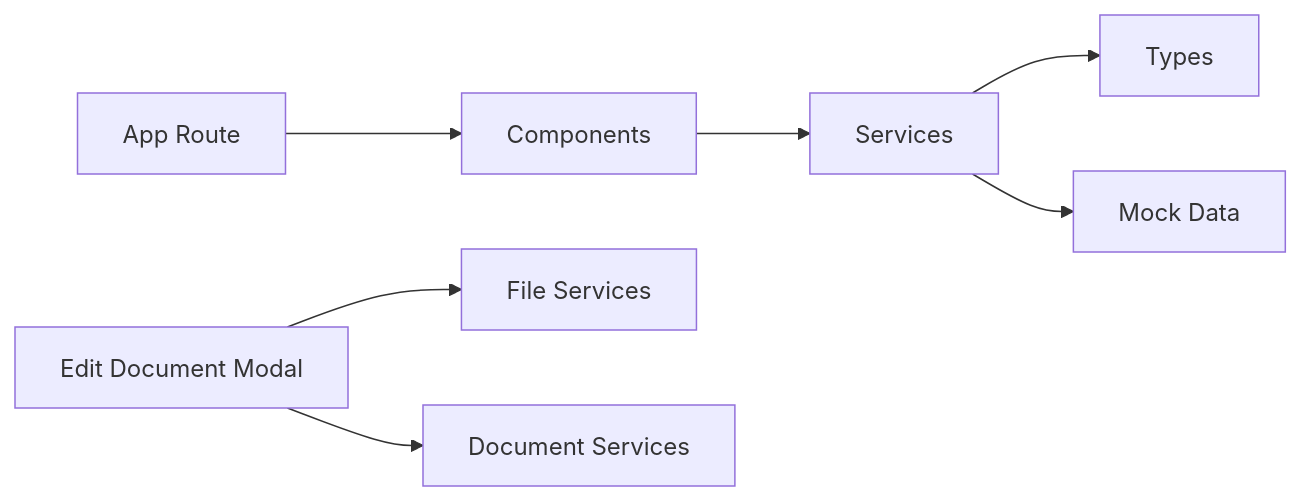
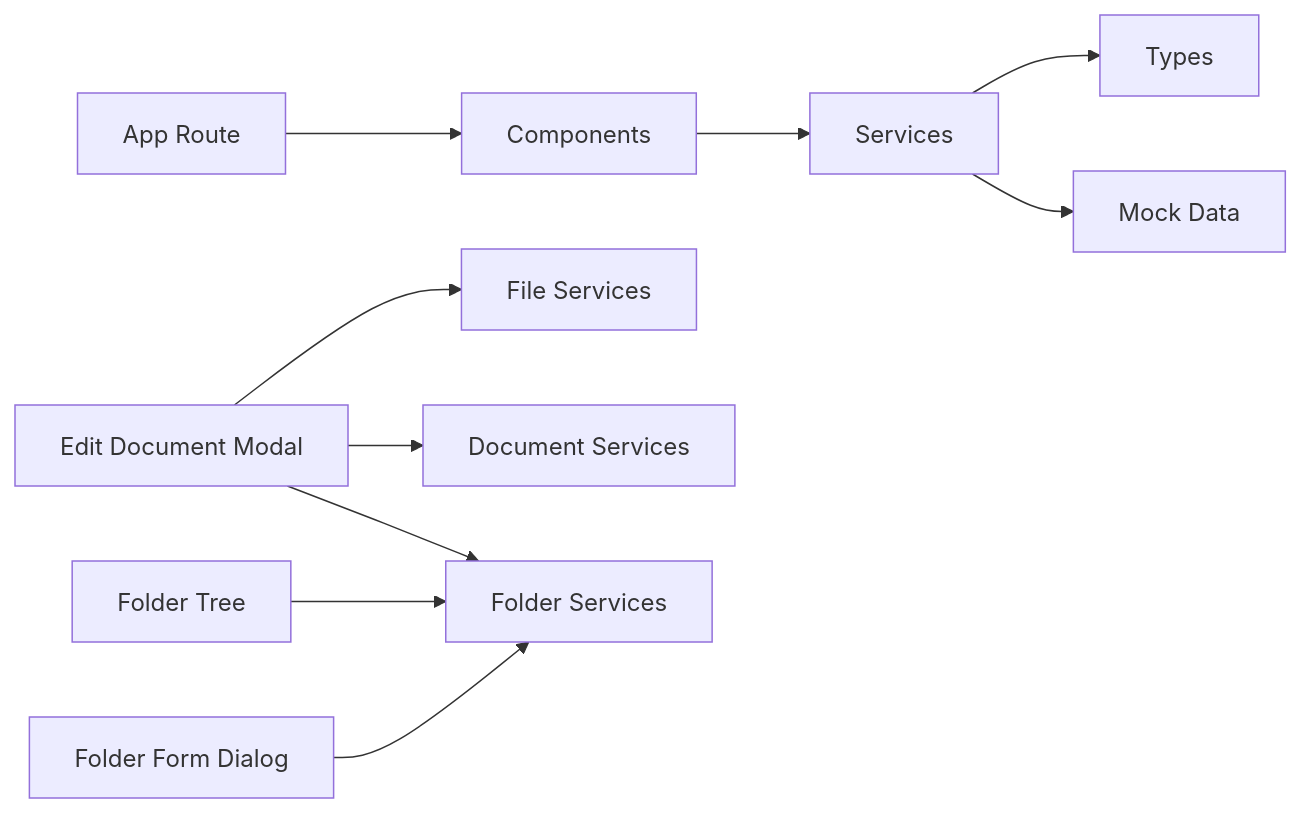
One commit to ngothanhtung/claude-code-shadcn-dashboard changed the eighth of 8 diagrams in .qoder/repowiki/en/content/Data Management Modules/Document Management.md. Above: the diagram before and after it, drawn with Mermaid. The commit also changed other lines of this file and 112 other files, not shown here.

````diff
--- a/.qoder/repowiki/en/content/Data Management Modules/Document Management.md
+++ b/.qoder/repowiki/en/content/Data Management Modules/Document Management.md
@@ -331,9 +416,12 @@
 ```mermaid
 graph LR
 Comp["Components"] --> Svc["Services"]
 Svc --> Types["Types"]
 Svc --> Mock["Mock Data"]
 App["App Route"] --> Comp
 EditModal["Edit Document Modal"] --> FileSvc["File Services"]
 EditModal --> DocSvc["Document Services"]
+EditModal --> FolderSvc["Folder Services"]
+FolderTree["Folder Tree"] --> FolderSvc
+FolderForm["Folder Form Dialog"] --> FolderSvc
 ```
````
